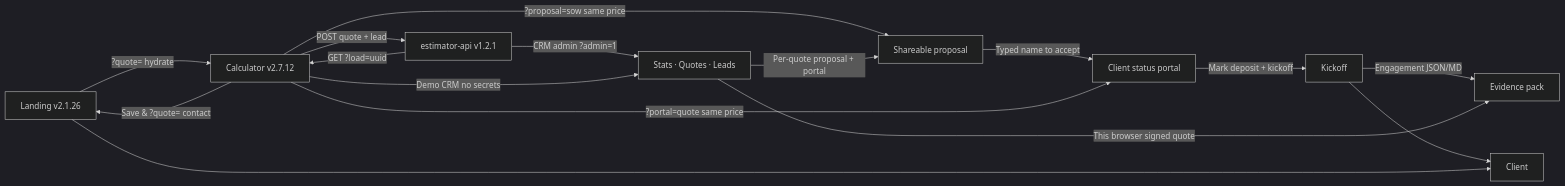
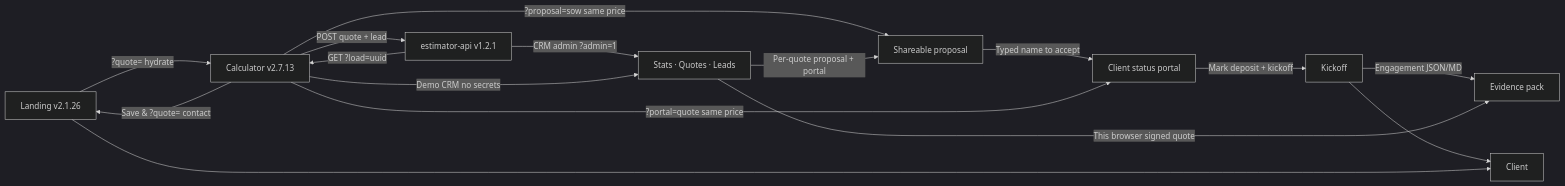
Before and after one commit to pixellayer7-jpg/pixellayer7-jpg: the diagram in README.md, drawn with Mermaid (dark theme). The commit also changed other lines of this file and 4 other files, not shown here.

````diff
--- a/README.md
+++ b/README.md
@@ -21,18 +21,18 @@
 ```mermaid
 flowchart LR
-  A[Landing v2.1.26] -->|?quote= hydrate| B[Calculator v2.7.12]
+  A[Landing v2.1.26] -->|?quote= hydrate| B[Calculator v2.7.13]
   B -->|Save & ?quote= contact| A
   B -->|?proposal=sow same price| R[Shareable proposal]
   R -->|Typed name to accept| P[Client status portal]
   P -->|Mark deposit + kickoff| K[Kickoff]
   K -->|Engagement JSON/MD| X[Evidence pack]
   B -->|?portal=quote same price| P
   B -->|POST quote + lead| D[estimator-api v1.2.1]
   D -->|CRM admin ?admin=1| E[Stats · Quotes · Leads]
   B -->|Demo CRM no secrets| E
   E -->|This browser signed quote| X
   E -->|Per-quote proposal + portal| R
   K --> F[Client]
   D -->|GET ?load=uuid| B
   A --> F[Client]
 ```
````
